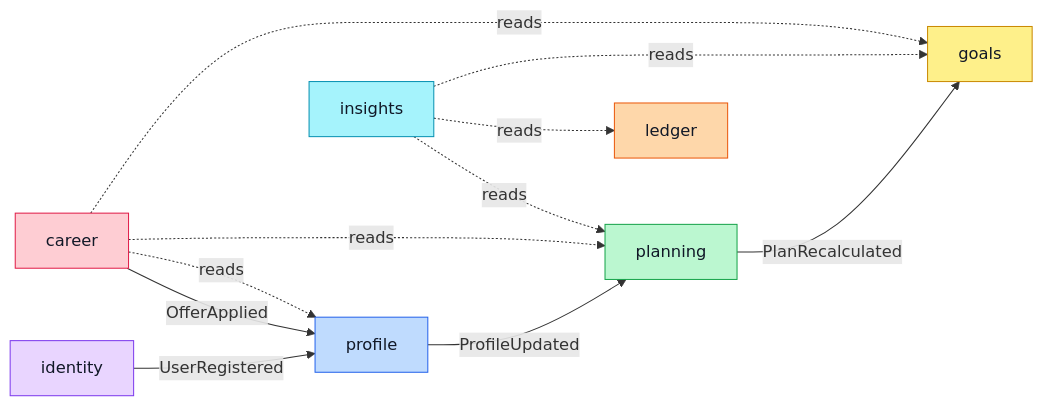
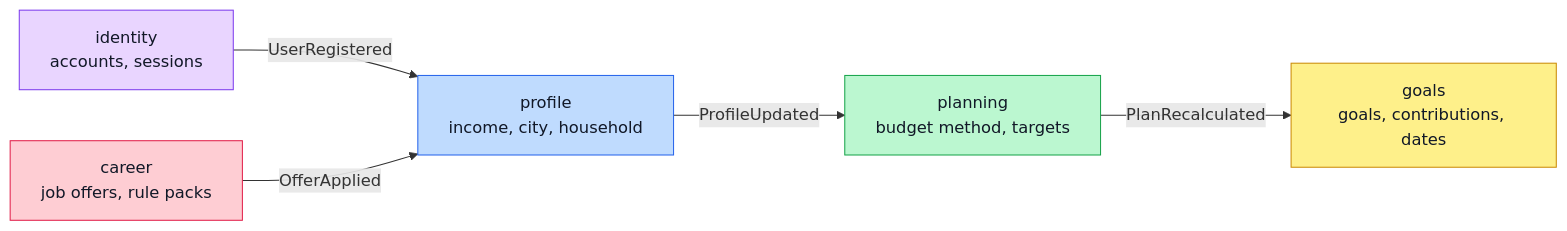
The first of 10 diagrams in docs/learned-so-far.md (ilyas8888/moneymacros), drawn with Mermaid before and after one commit. The commit also changed other lines of this file, not shown here.

First line of the commit message:
docs: expand the revision sheet with diagrams and self-checks

````diff
--- a/docs/learned-so-far.md
+++ b/docs/learned-so-far.md
@@ -28,21 +29,13 @@
 ```mermaid
 flowchart LR
-    identity["identity"] -->|UserRegistered| profile["profile"]
-    career["career"] -->|OfferApplied| profile
-    profile -->|ProfileUpdated| planning["planning"]
-    planning -->|PlanRecalculated| goals["goals"]
-    career -.->|reads| profile
-    career -.->|reads| planning
-    career -.->|reads| goals
-    insights["insights"] -.->|reads| planning
-    insights -.->|reads| ledger["ledger"]
-    insights -.->|reads| goals
+    identity["identity<br/>accounts, sessions"] -->|UserRegistered| profile["profile<br/>income, city, household"]
+    career["career<br/>job offers, rule packs"] -->|OfferApplied| profile
+    profile -->|ProfileUpdated| planning["planning<br/>budget method, targets"]
+    planning -->|PlanRecalculated| goals["goals<br/>goals, contributions, dates"]
 
     style identity fill:#E9D5FF,stroke:#7C3AED,color:#111827
     style profile fill:#BFDBFE,stroke:#2563EB,color:#111827
     style planning fill:#BBF7D0,stroke:#16A34A,color:#111827
-    style ledger fill:#FED7AA,stroke:#EA580C,color:#111827
     style goals fill:#FEF08A,stroke:#CA8A04,color:#111827
     style career fill:#FECDD3,stroke:#E11D48,color:#111827
-    style insights fill:#A5F3FC,stroke:#0891B2,color:#111827
 ```
````
